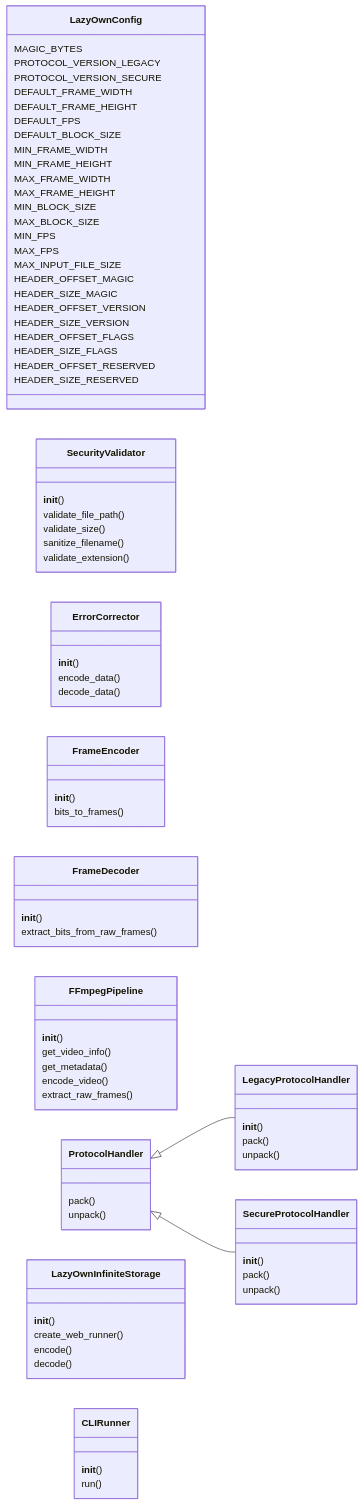
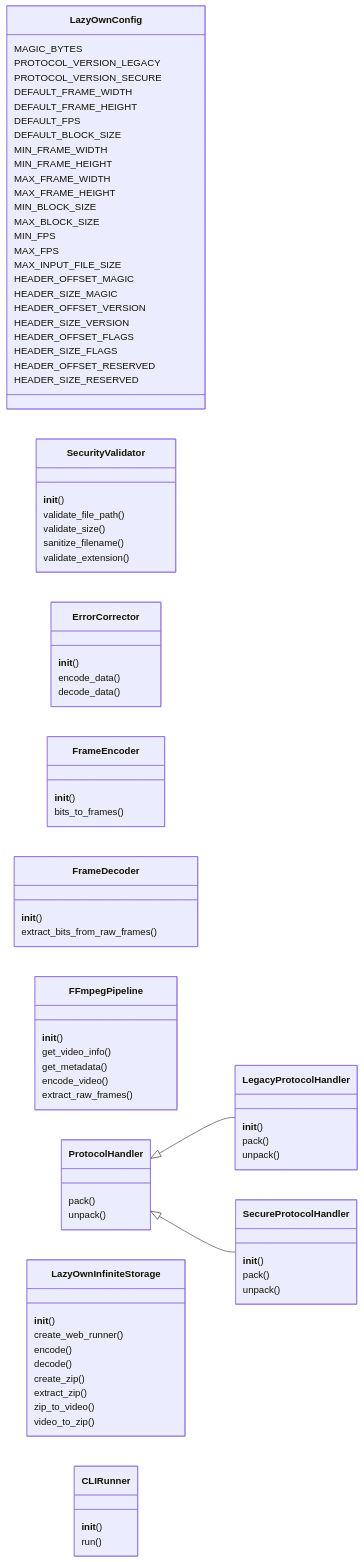
The first of 2 diagrams in readmenator-apidocs/modules/lazyown_infinitestorage.py.md (grisuno/LazyOwnInfiniteStorage), drawn with Mermaid before and after one commit. The commit also changed other lines of this file and 86 other files, not shown here.

````diff
--- a/readmenator-apidocs/modules/lazyown_infinitestorage.py.md
+++ b/readmenator-apidocs/modules/lazyown_infinitestorage.py.md
@@ -15,72 +15,76 @@
 ```mermaid
 classDiagram
     direction LR
     class LazyOwnConfig
     LazyOwnConfig : MAGIC_BYTES
     LazyOwnConfig : PROTOCOL_VERSION_LEGACY
     LazyOwnConfig : PROTOCOL_VERSION_SECURE
     LazyOwnConfig : DEFAULT_FRAME_WIDTH
     LazyOwnConfig : DEFAULT_FRAME_HEIGHT
     LazyOwnConfig : DEFAULT_FPS
     LazyOwnConfig : DEFAULT_BLOCK_SIZE
     LazyOwnConfig : MIN_FRAME_WIDTH
     LazyOwnConfig : MIN_FRAME_HEIGHT
     LazyOwnConfig : MAX_FRAME_WIDTH
     LazyOwnConfig : MAX_FRAME_HEIGHT
     LazyOwnConfig : MIN_BLOCK_SIZE
     LazyOwnConfig : MAX_BLOCK_SIZE
     LazyOwnConfig : MIN_FPS
     LazyOwnConfig : MAX_FPS
     LazyOwnConfig : MAX_INPUT_FILE_SIZE
     LazyOwnConfig : HEADER_OFFSET_MAGIC
     LazyOwnConfig : HEADER_SIZE_MAGIC
     LazyOwnConfig : HEADER_OFFSET_VERSION
     LazyOwnConfig : HEADER_SIZE_VERSION
     LazyOwnConfig : HEADER_OFFSET_FLAGS
     LazyOwnConfig : HEADER_SIZE_FLAGS
     LazyOwnConfig : HEADER_OFFSET_RESERVED
     LazyOwnConfig : HEADER_SIZE_RESERVED
     class SecurityValidator
     SecurityValidator : __init__()
     SecurityValidator : validate_file_path()
     SecurityValidator : validate_size()
     SecurityValidator : sanitize_filename()
     SecurityValidator : validate_extension()
     class ErrorCorrector
     ErrorCorrector : __init__()
     ErrorCorrector : encode_data()
     ErrorCorrector : decode_data()
     class FrameEncoder
     FrameEncoder : __init__()
     FrameEncoder : bits_to_frames()
     class FrameDecoder
     FrameDecoder : __init__()
     FrameDecoder : extract_bits_from_raw_frames()
     class FFmpegPipeline
     FFmpegPipeline : __init__()
     FFmpegPipeline : get_video_info()
     FFmpegPipeline : get_metadata()
     FFmpegPipeline : encode_video()
     FFmpegPipeline : extract_raw_frames()
     class ProtocolHandler
     ProtocolHandler : pack()
     ProtocolHandler : unpack()
     class LegacyProtocolHandler
     LegacyProtocolHandler : __init__()
     LegacyProtocolHandler : pack()
     LegacyProtocolHandler : unpack()
     class SecureProtocolHandler
     SecureProtocolHandler : __init__()
     SecureProtocolHandler : pack()
     SecureProtocolHandler : unpack()
     class LazyOwnInfiniteStorage
     LazyOwnInfiniteStorage : __init__()
     LazyOwnInfiniteStorage : create_web_runner()
     LazyOwnInfiniteStorage : encode()
     LazyOwnInfiniteStorage : decode()
+    LazyOwnInfiniteStorage : create_zip()
+    LazyOwnInfiniteStorage : extract_zip()
+    LazyOwnInfiniteStorage : zip_to_video()
+    LazyOwnInfiniteStorage : video_to_zip()
     class CLIRunner
     CLIRunner : __init__()
     CLIRunner : run()
     ProtocolHandler <|-- LegacyProtocolHandler
     ProtocolHandler <|-- SecureProtocolHandler
 ```
````
